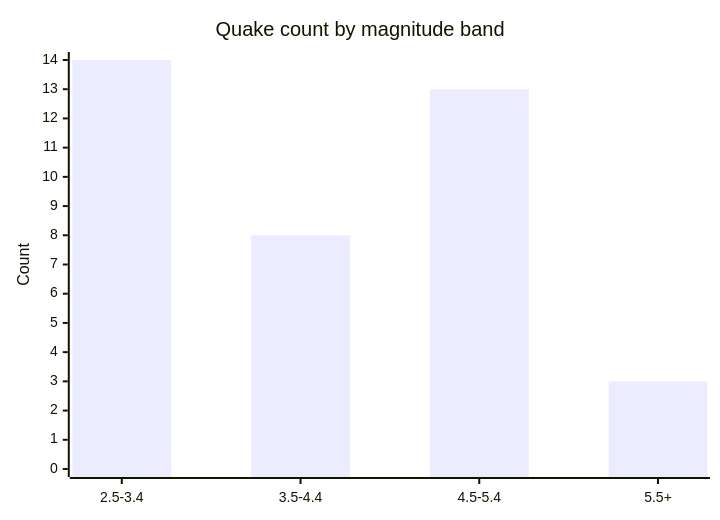
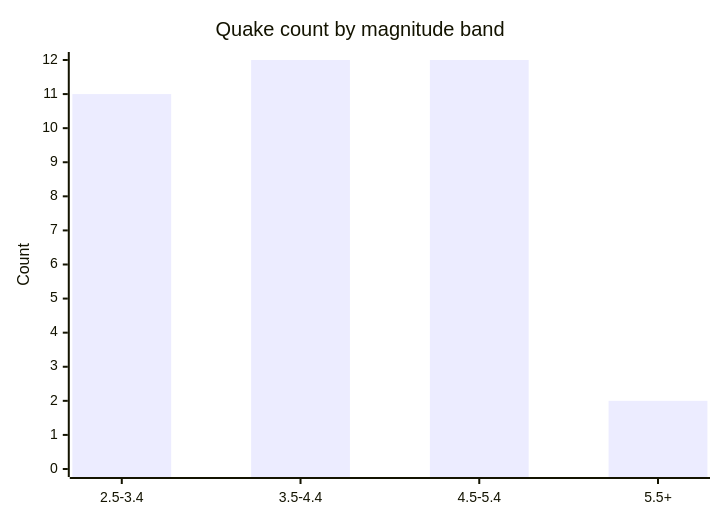
The fifth of 6 diagrams in docs/GRAPHS.md (Midwest-Stratospheric/aerostratospheric-defense-gir), drawn with Mermaid before and after one commit. The commit also changed other lines of this file and 24 other files, not shown here.

````diff
--- a/docs/GRAPHS.md
+++ b/docs/GRAPHS.md
@@ -82,7 +82,7 @@
 ```mermaid
 xychart-beta
   title "Quake count by magnitude band"
   x-axis ["2.5-3.4", "3.5-4.4", "4.5-5.4", "5.5+"]
-  y-axis "Count" 0 --> 14
-  bar [14, 8, 13, 3]
+  y-axis "Count" 0 --> 12
+  bar [11, 12, 12, 2]
 ```
````
